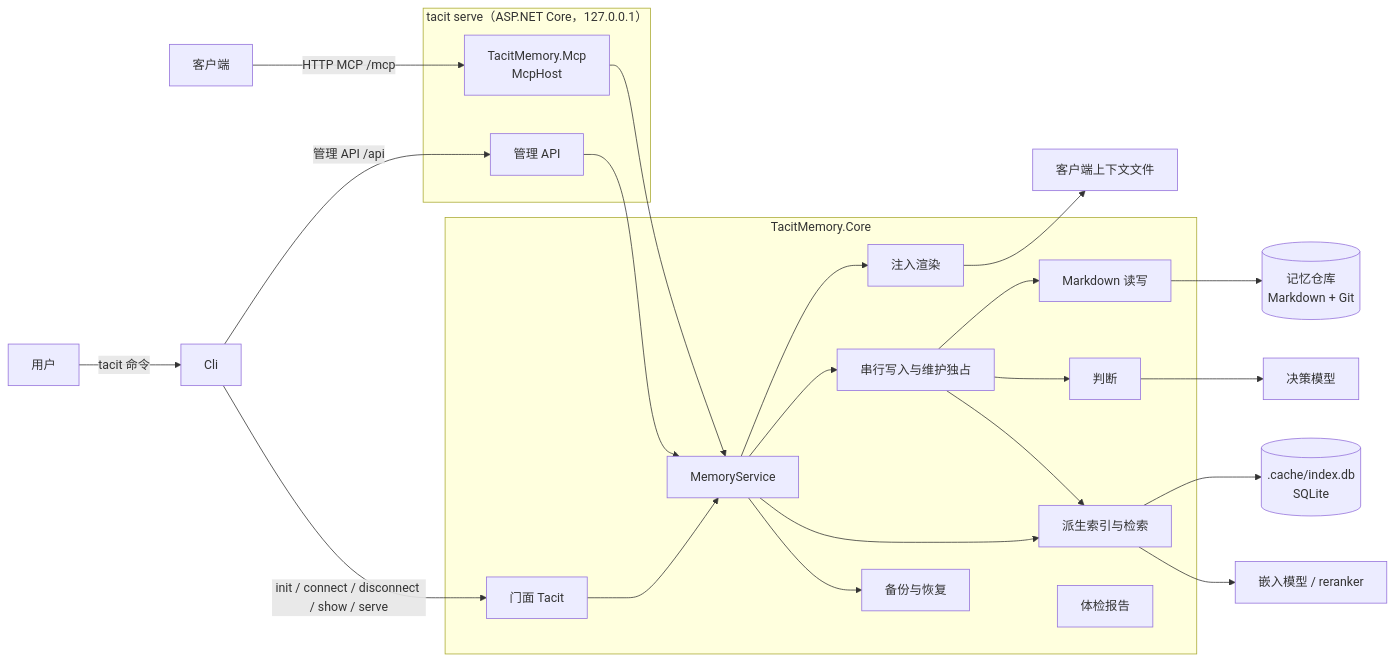
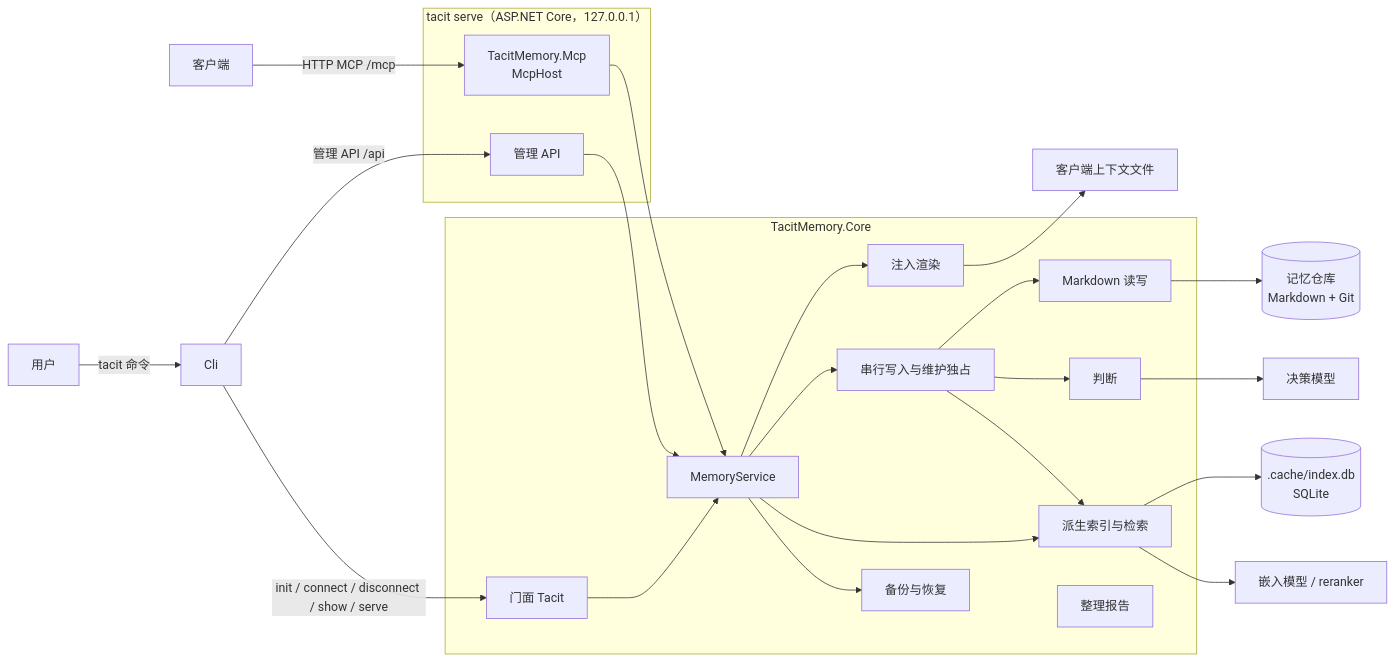
Before and after one commit to kearril/tacit-memory: the diagram in docs/architecture.md, drawn with Mermaid. The commit also changed other lines of this file and 78 other files, not shown here.

First line of the commit message:
refactor: rename checkup to consolidation

````diff
--- a/docs/architecture.md
+++ b/docs/architecture.md
@@ -11,37 +11,37 @@
 ```mermaid
 flowchart LR
     Client[客户端] -->|HTTP MCP /mcp| Mcp
     User[用户] -->|tacit 命令| Cli
     Cli -->|管理 API /api| Admin
     subgraph Host["tacit serve（ASP.NET Core，127.0.0.1）"]
         Mcp[TacitMemory.Mcp<br>McpHost]
         Admin[管理 API]
     end
     Cli -->|init / connect / disconnect / show / serve| Facade
     Mcp --> Service
     Admin --> Service
     subgraph Core["TacitMemory.Core"]
         Facade[门面 Tacit]
         Service[MemoryService]
         Writer[串行写入与维护独占]
         Store[Markdown 读写]
         Index[派生索引与检索]
         Judge[判断]
         Inject[注入渲染]
-        Checkup[体检报告]
+        Consolidation[整理报告]
         Backup[备份与恢复]
     end
     Facade --> Service
     Service --> Inject
     Service --> Writer
     Service --> Index
     Service --> Backup
     Writer --> Store
     Writer --> Judge
     Writer --> Index
     Store --> Repo[(记忆仓库<br>Markdown + Git)]
     Index --> Db[(.cache/index.db<br>SQLite)]
     Index --> Aux[嵌入模型 / reranker]
     Judge --> Decision[决策模型]
     Inject --> Files[客户端上下文文件]
 ```
````
